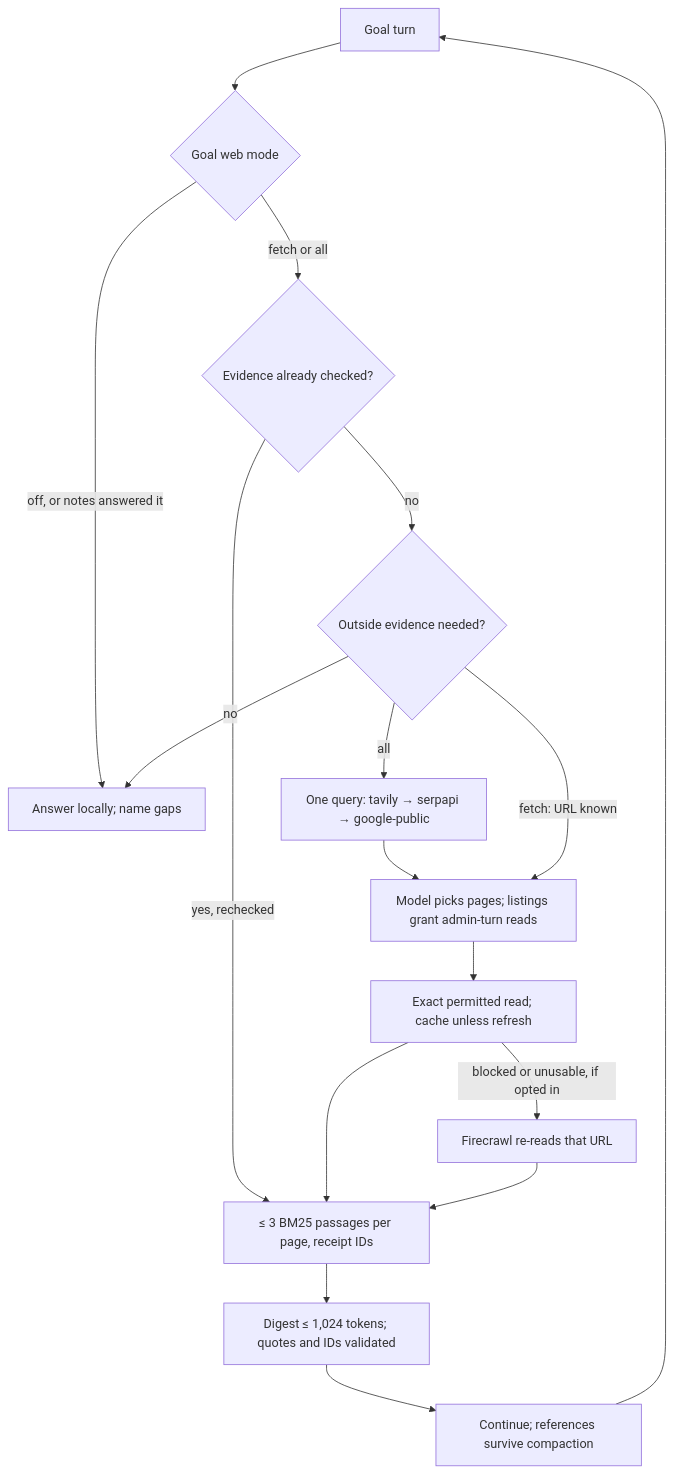
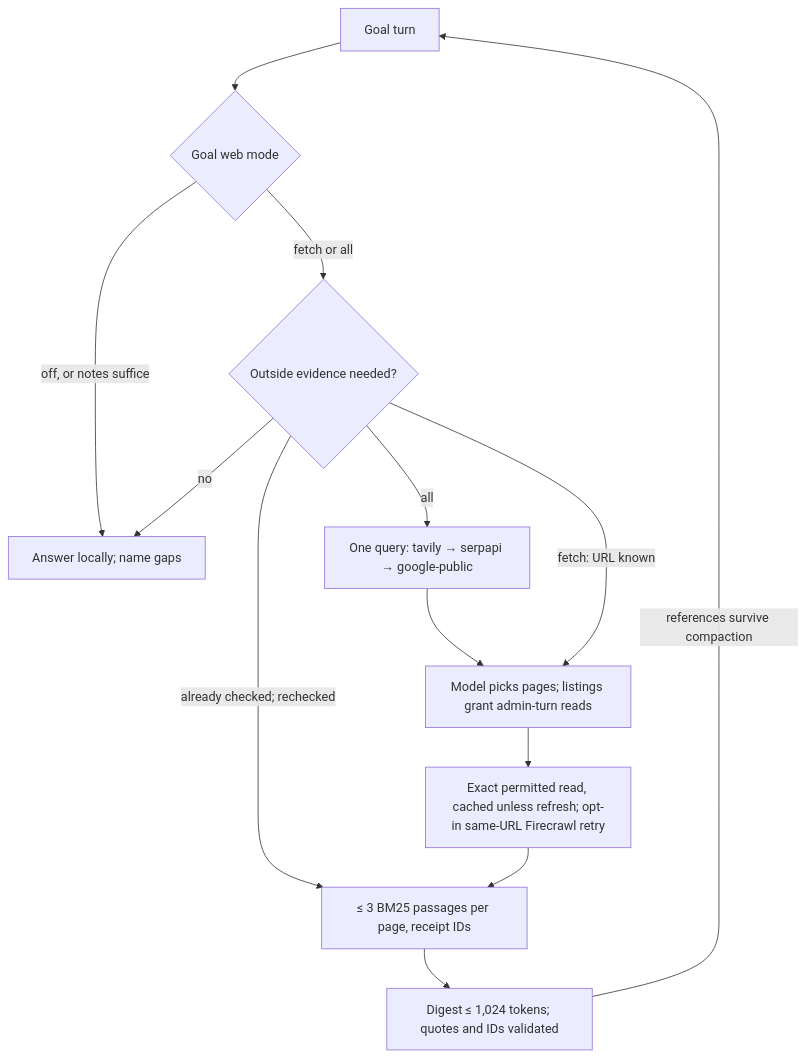
One commit to cgfixit/CG-agent-harness changed the diagram in README.md. Above: the diagram before and after it, drawn with Mermaid. The commit also changed other lines of this file and 2 other files, not shown here.

````diff
--- a/README.md
+++ b/README.md
@@ -29,19 +29,15 @@
 ```mermaid
 flowchart TD
     A[Goal turn] --> B{Goal web mode}
-    B -->|off, or notes answered it| C[Answer locally; name gaps]
-    B -->|fetch or all| D{Evidence already checked?}
-    D -->|yes, rechecked| H
-    D -->|no| E{Outside evidence needed?}
+    B -->|off, or notes suffice| C[Answer locally; name gaps]
+    B -->|fetch or all| E{Outside evidence needed?}
     E -->|no| C
+    E -->|already checked; rechecked| H
     E -->|all| F[One query: tavily → serpapi → google-public]
     F --> G[Model picks pages; listings grant admin-turn reads]
     E -->|fetch: URL known| G
-    G --> I[Exact permitted read; cache unless refresh]
-    I -->|blocked or unusable, if opted in| J[Firecrawl re-reads that URL]
+    G --> I[Exact permitted read, cached unless refresh; opt-in same-URL Firecrawl retry]
     I --> H[≤ 3 BM25 passages per page, receipt IDs]
-    J --> H
     H --> K[Digest ≤ 1,024 tokens; quotes and IDs validated]
-    K --> L[Continue; references survive compaction]
-    L --> A
+    K -->|references survive compaction| A
 ```
````
